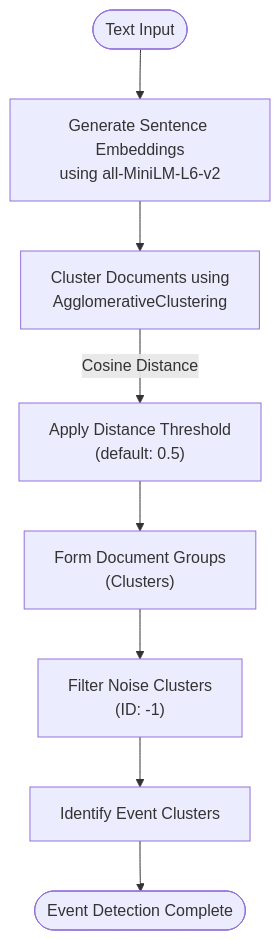
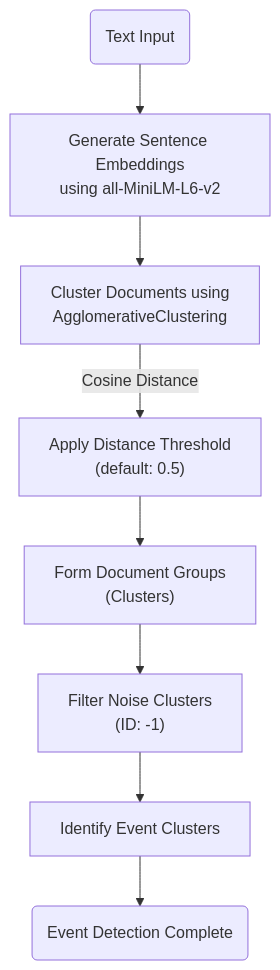
One commit to Likhithsai2580/RAVANA-WIKI changed the second of 5 diagrams in docs/Specialized Modules/Event Detection.md. Above: the diagram before and after it, drawn with Mermaid. The commit also changed other lines of this file and 32 other files, not shown here.

First line of the commit message:
feat(mermaid): enhance Mermaid diagram rendering and debugging support

````diff
--- a/docs/Specialized Modules/Event Detection.md
+++ b/docs/Specialized Modules/Event Detection.md
@@ -70,10 +70,10 @@
 ```mermaid
 flowchart TD
-Start([Text Input]) --> Embedding["Generate Sentence Embeddings<br/>using all-MiniLM-L6-v2"]
+Start("Text Input") --> Embedding["Generate Sentence Embeddings<br/>using all-MiniLM-L6-v2"]
 Embedding --> Clustering["Cluster Documents using<br/>AgglomerativeClustering"]
 Clustering --> |Cosine Distance| Threshold["Apply Distance Threshold<br/>(default: 0.5)"]
 Threshold --> Groups["Form Document Groups<br/>(Clusters)"]
 Groups --> Filter["Filter Noise Clusters<br/>(ID: -1)"]
 Filter --> Output["Identify Event Clusters"]
-Output --> End([Event Detection Complete])
+Output --> End("Event Detection Complete")
 ```
````
